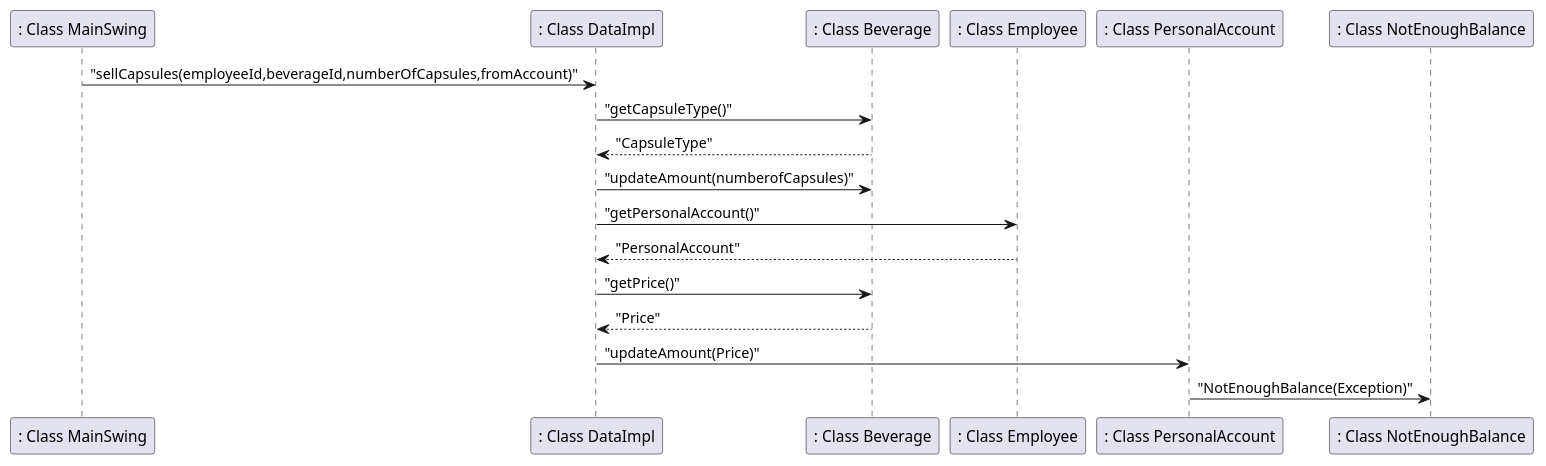
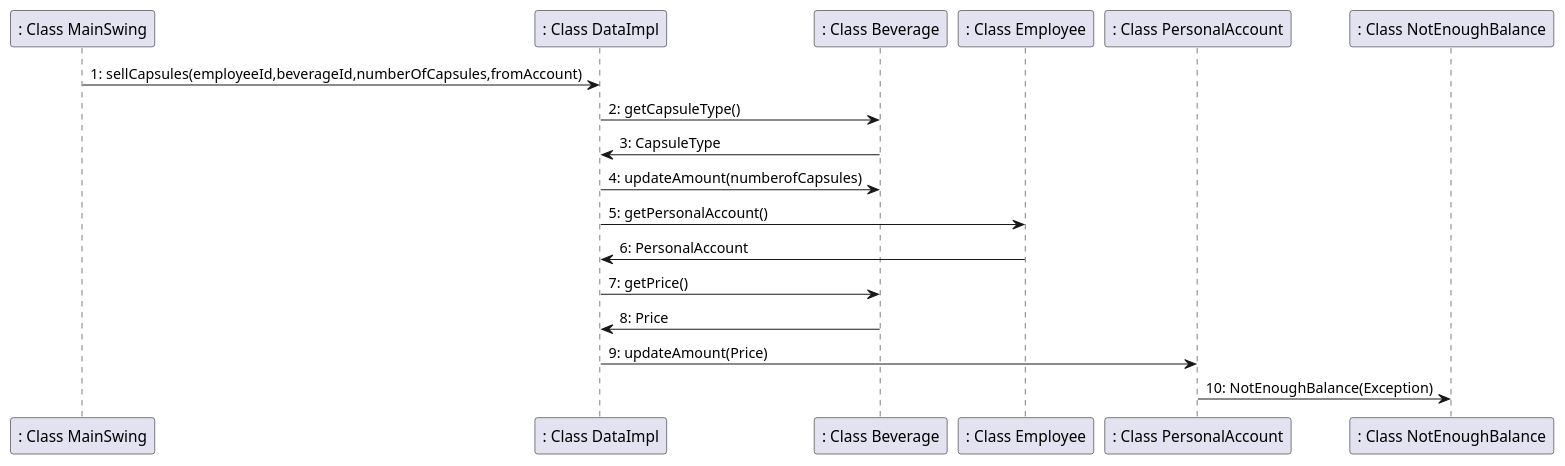
One commit to salvatore-dimartino/LaTazza changed the seventh of 7 diagrams in templates/DesignDocumentTemplate.md. Above: the diagram before and after it, drawn with PlantUML. The commit also changed other lines of this file, not shown here.

````diff
--- a/templates/DesignDocumentTemplate.md
+++ b/templates/DesignDocumentTemplate.md
@@ -316,12 +316,12 @@
 ```plantuml
-": Class MainSwing" -> ": Class DataImpl": "sellCapsules(employeeId,beverageId,numberOfCapsules,fromAccount)"
-": Class DataImpl" -> ": Class Beverage": "getCapsuleType()"
-": Class Beverage" --> ": Class DataImpl": "CapsuleType"
-": Class DataImpl" -> ": Class Beverage": "updateAmount(numberofCapsules)"
-": Class DataImpl" -> ": Class Employee": "getPersonalAccount()"
-": Class Employee" --> ": Class DataImpl": "PersonalAccount"
-": Class DataImpl" -> ": Class Beverage": "getPrice()"
-": Class Beverage" --> ": Class DataImpl": "Price"
-": Class DataImpl" -> ": Class PersonalAccount": "updateAmount(Price)"
-": Class PersonalAccount" -> ": Class NotEnoughBalance": "NotEnoughBalance(Exception)"
+": Class MainSwing" -> ": Class DataImpl": 1: sellCapsules(employeeId,beverageId,numberOfCapsules,fromAccount)
+": Class DataImpl" -> ": Class Beverage": 2: getCapsuleType()
+": Class Beverage" -> ": Class DataImpl": 3: CapsuleType
+": Class DataImpl" -> ": Class Beverage": 4: updateAmount(numberofCapsules)
+": Class DataImpl" -> ": Class Employee": 5: getPersonalAccount()
+": Class Employee" -> ": Class DataImpl": 6: PersonalAccount
+": Class DataImpl" -> ": Class Beverage": 7: getPrice()
+": Class Beverage" -> ": Class DataImpl": 8: Price
+": Class DataImpl" -> ": Class PersonalAccount": 9: updateAmount(Price)
+": Class PersonalAccount" -> ": Class NotEnoughBalance": 10: NotEnoughBalance(Exception)
 ```
````
